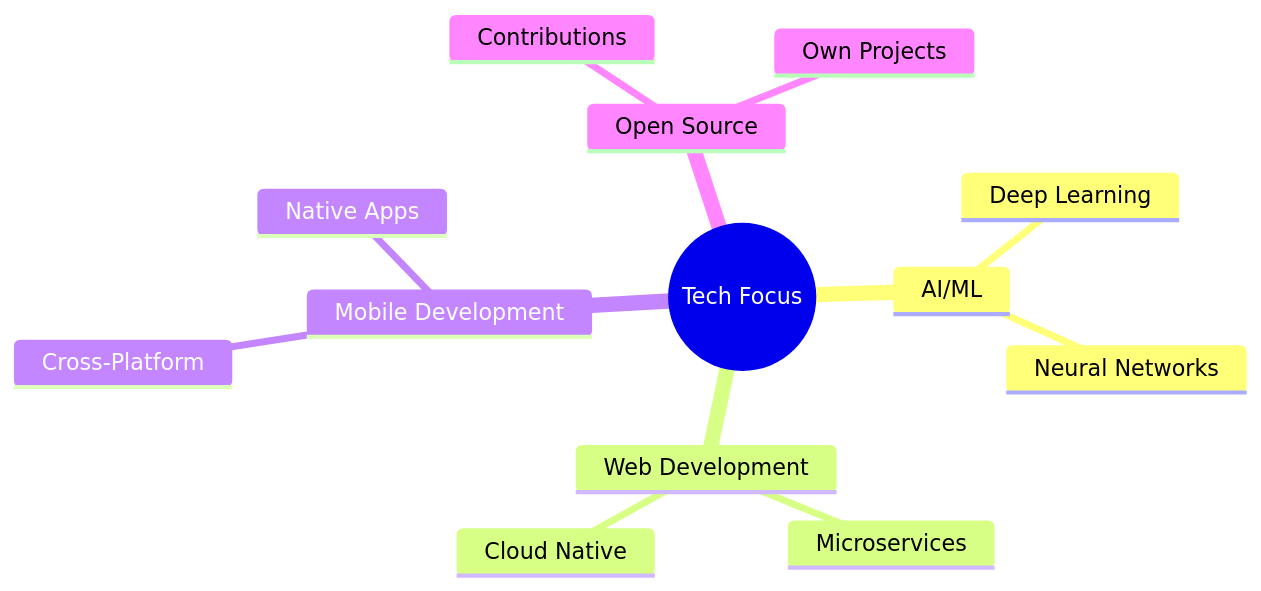
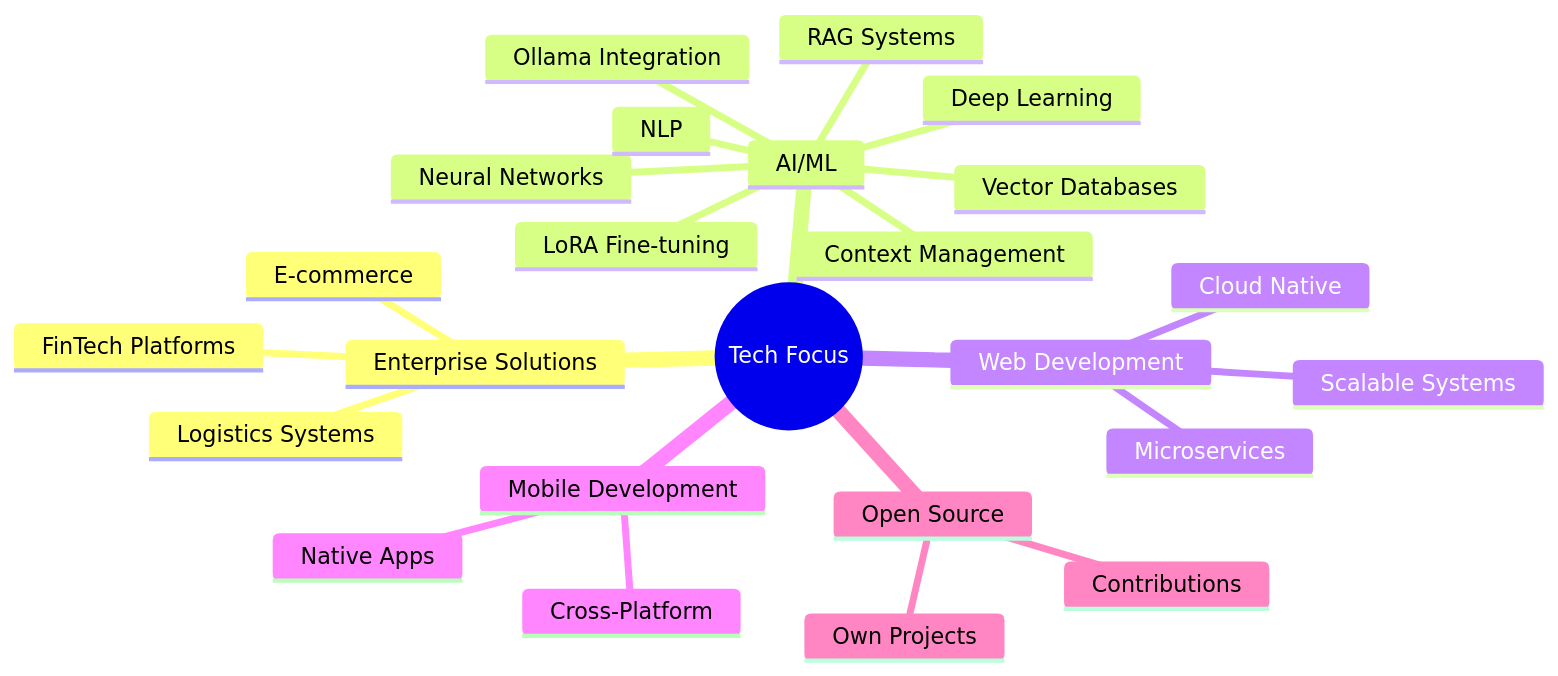
One commit to UDDITwork/UDDITwork changed the diagram in README.md. Above: the diagram before and after it, drawn with Mermaid. The commit also changed other lines of this file, not shown here.

````diff
--- a/README.md
+++ b/README.md
@@ -181,16 +286,27 @@
   ```mermaid
   mindmap
     root((Tech Focus))
+      Enterprise Solutions
+        Logistics Systems
+        FinTech Platforms
+        E-commerce
       AI/ML
         Deep Learning
         Neural Networks
+        NLP
+        LoRA Fine-tuning
+        RAG Systems
+        Vector Databases
+        Context Management
+        Ollama Integration
       Web Development
         Microservices
         Cloud Native
+        Scalable Systems
       Mobile Development
         Cross-Platform
         Native Apps
       Open Source
         Contributions
         Own Projects
   ```
````
